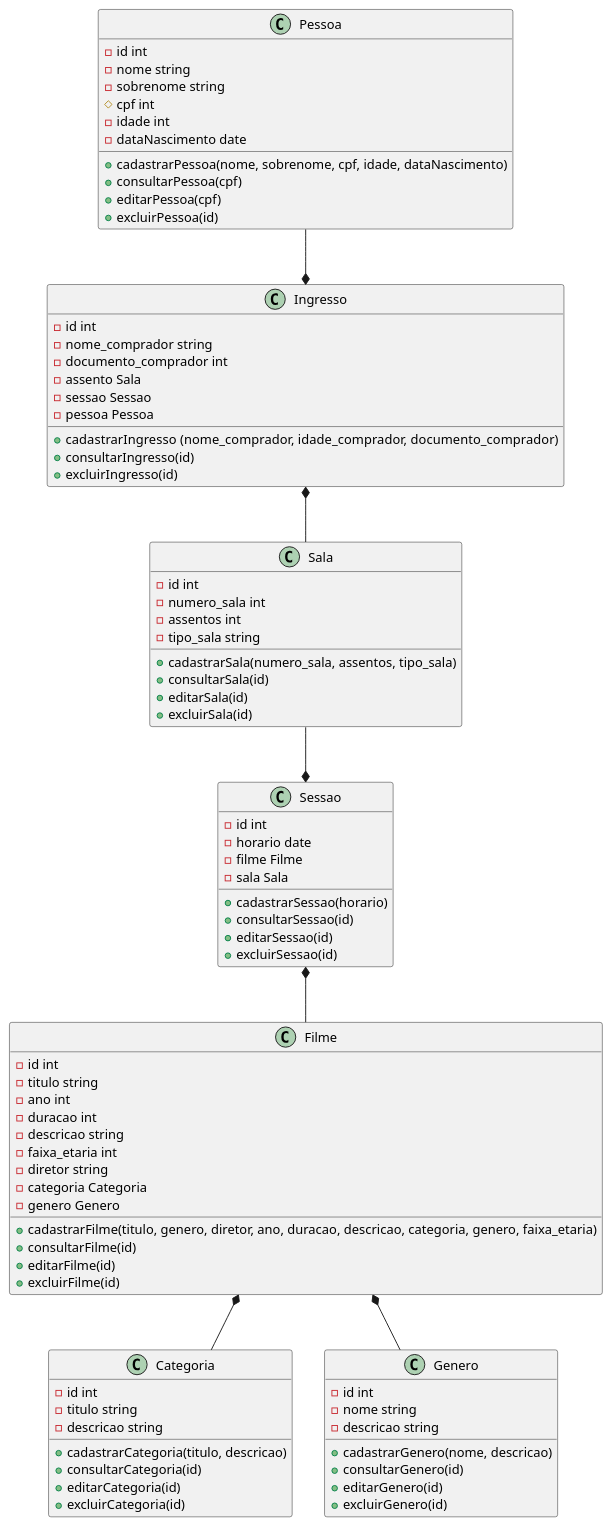
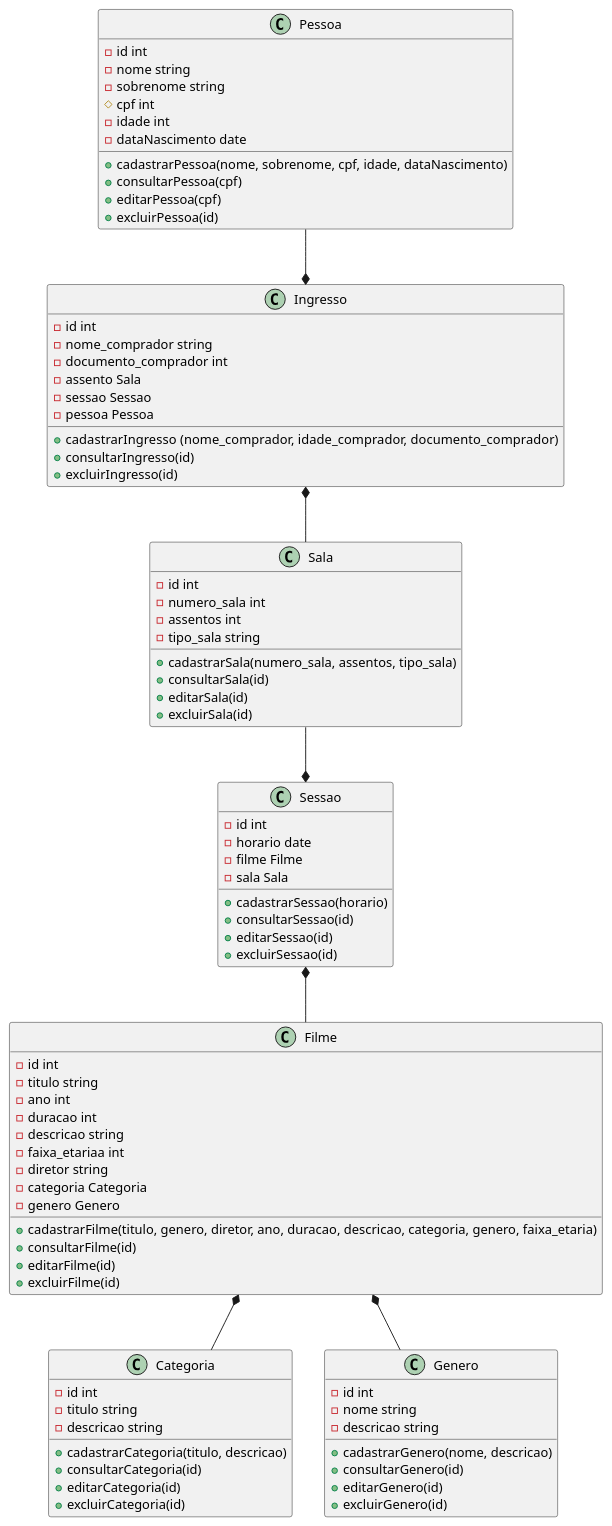
The diagram in cinema.plantuml (anleaes/2023-1-N1-POO-07), drawn with PlantUML before and after one commit.

Commit message:
Versão 1.1.3 - Commit a partir de uma nova BRANCH

```diff
--- a/cinema.plantuml
+++ b/cinema.plantuml
@@ -1,97 +1,97 @@
 @startuml cinema
 
 class Filme {
     - id int
     - titulo string
     - ano int
     - duracao int
     - descricao string
-    - faixa_etaria int
+    - faixa_etariaa int
     - diretor string
     - categoria Categoria
     - genero Genero
     + cadastrarFilme(titulo, genero, diretor, ano, duracao, descricao, categoria, genero, faixa_etaria)
     + consultarFilme(id)
     + editarFilme(id)
     + excluirFilme(id)
 }
 
 class Pessoa {
     - id int
     - nome string
     - sobrenome string
     # cpf int
     - idade int
     - dataNascimento date
     + cadastrarPessoa(nome, sobrenome, cpf, idade, dataNascimento)
     + consultarPessoa(cpf)
     + editarPessoa(cpf)
     + excluirPessoa(id)
 }
 
 class Categoria {
     - id int
     - titulo string
     - descricao string
     + cadastrarCategoria(titulo, descricao)
     + consultarCategoria(id)
     + editarCategoria(id)
     + excluirCategoria(id)
 }
 
 class Genero {
     - id int
     - nome string
     - descricao string
     + cadastrarGenero(nome, descricao)
     + consultarGenero(id)
     + editarGenero(id)
     + excluirGenero(id)
 }
 
 class Ingresso {
     - id int
     - nome_comprador string
     - documento_comprador int
     - assento Sala
     - sessao Sessao
     - pessoa Pessoa
     + cadastrarIngresso (nome_comprador, idade_comprador, documento_comprador)
     + consultarIngresso(id)
     + excluirIngresso(id)    
 }
 
 class Sala {
     - id int
     - numero_sala int
     - assentos int
     - tipo_sala string
     + cadastrarSala(numero_sala, assentos, tipo_sala)
     + consultarSala(id)
     + editarSala(id)
     + excluirSala(id)
 }
 
 class Sessao {
     - id int
     - horario date
     - filme Filme
     - sala Sala
     + cadastrarSessao(horario)
     + consultarSessao(id)
     + editarSessao(id)
     + excluirSessao(id)
 }
 
 Filme *-- Categoria
 Filme *-- Genero
 
 Sala --* Sessao
 
 Sessao *-- Filme
 
 Pessoa --* Ingresso
 
 Ingresso *-- Sala
 
 @enduml
```
